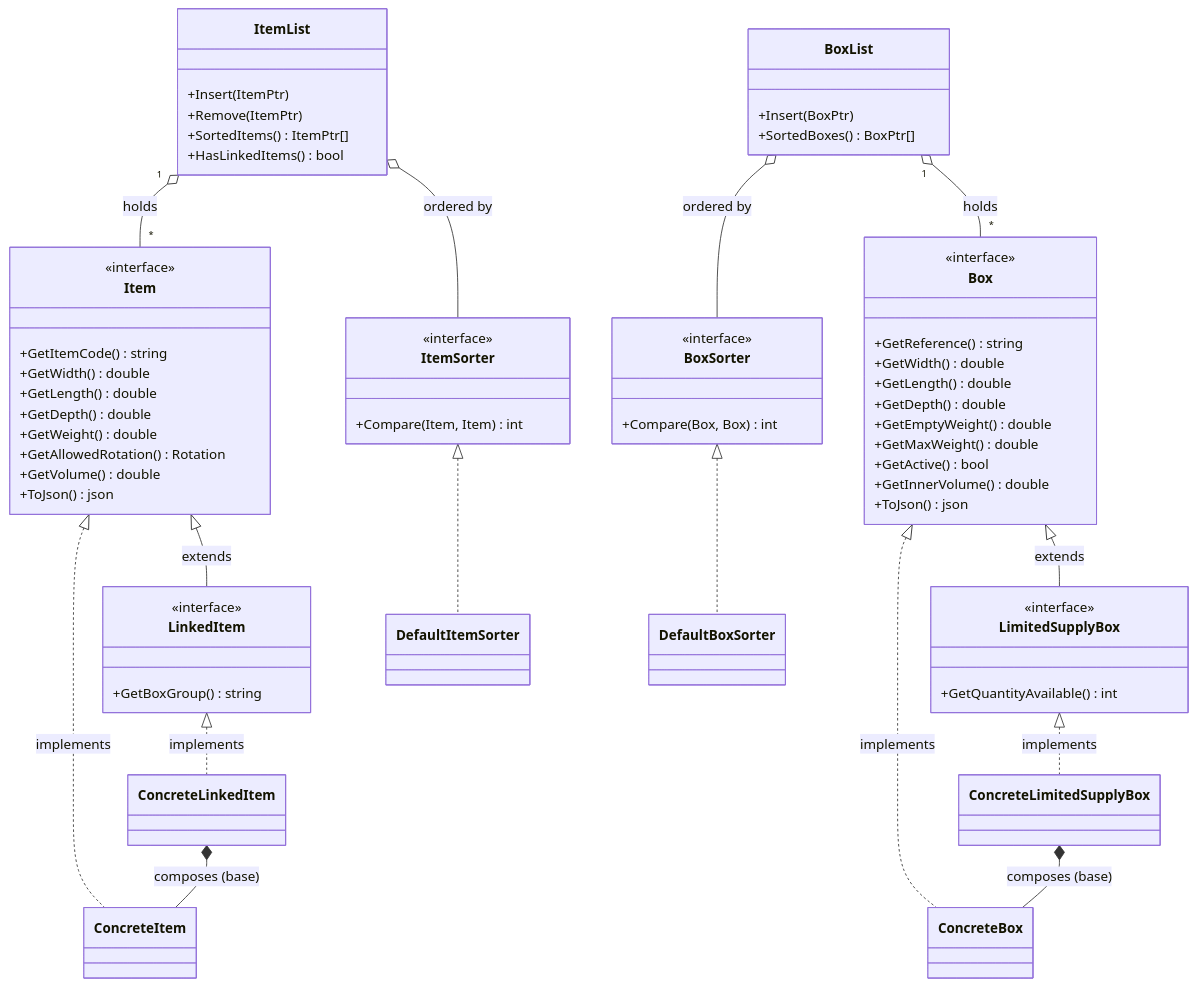
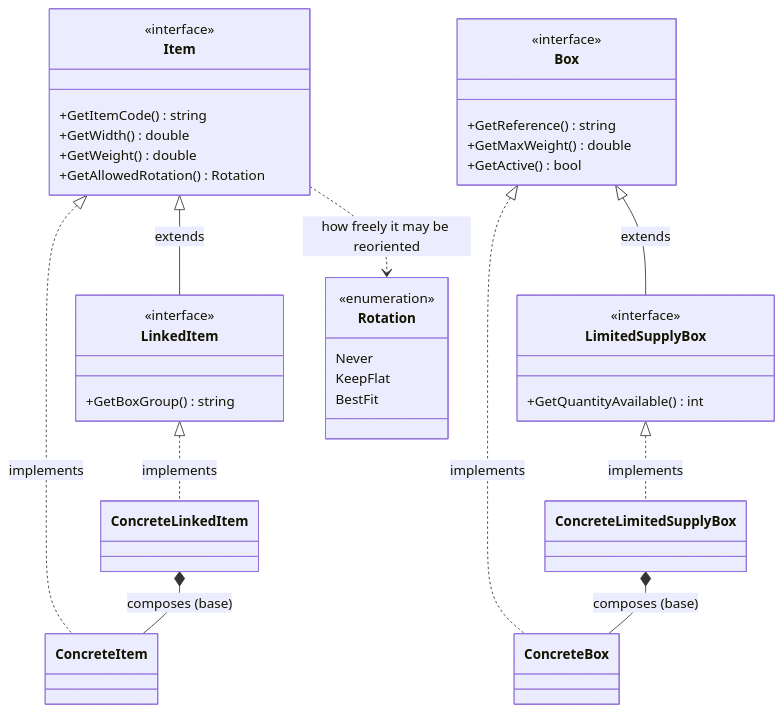
The first of 4 diagrams in README.md (FantasticDivision/Solver), drawn with Mermaid before and after one commit. The commit also changed other lines of this file, not shown here.

First line of the commit message:
docs: rework the class diagrams for readability and add the library boundary

````diff
--- a/README.md
+++ b/README.md
@@ -125,79 +131,41 @@
 ```mermaid
 classDiagram
     class Item {
         <<interface>>
         +GetItemCode() string
         +GetWidth() double
-        +GetLength() double
-        +GetDepth() double
         +GetWeight() double
         +GetAllowedRotation() Rotation
-        +GetVolume() double
-        +ToJson() json
     }
     class LinkedItem {
         <<interface>>
         +GetBoxGroup() string
     }
-    class ConcreteItem
-    class ConcreteLinkedItem
-
     Item <|-- LinkedItem : extends
     Item <|.. ConcreteItem : implements
     LinkedItem <|.. ConcreteLinkedItem : implements
     ConcreteLinkedItem *-- ConcreteItem : composes (base)
 
     class Box {
         <<interface>>
         +GetReference() string
-        +GetWidth() double
-        +GetLength() double
-        +GetDepth() double
-        +GetEmptyWeight() double
         +GetMaxWeight() double
         +GetActive() bool
-        +GetInnerVolume() double
-        +ToJson() json
     }
     class LimitedSupplyBox {
         <<interface>>
         +GetQuantityAvailable() int
     }
-    class ConcreteBox
-    class ConcreteLimitedSupplyBox
-
     Box <|-- LimitedSupplyBox : extends
     Box <|.. ConcreteBox : implements
     LimitedSupplyBox <|.. ConcreteLimitedSupplyBox : implements
     ConcreteLimitedSupplyBox *-- ConcreteBox : composes (base)
 
-    class ItemSorter {
-        <<interface>>
-        +Compare(Item, Item) int
+    class Rotation {
+        <<enumeration>>
+        Never
+        KeepFlat
+        BestFit
     }
-    class DefaultItemSorter
-    ItemSorter <|.. DefaultItemSorter
-
-    class ItemList {
-        +Insert(ItemPtr)
-        +Remove(ItemPtr)
-        +SortedItems() ItemPtr[]
-        +HasLinkedItems() bool
-    }
-    ItemList o-- ItemSorter : ordered by
-    ItemList "1" o-- "*" Item : holds
-
-    class BoxSorter {
-        <<interface>>
-        +Compare(Box, Box) int
-    }
-    class DefaultBoxSorter
-    BoxSorter <|.. DefaultBoxSorter
-
-    class BoxList {
-        +Insert(BoxPtr)
-        +SortedBoxes() BoxPtr[]
-    }
-    BoxList o-- BoxSorter : ordered by
-    BoxList "1" o-- "*" Box : holds
+    Item ..> Rotation : how freely it may be reoriented
 ```
````
